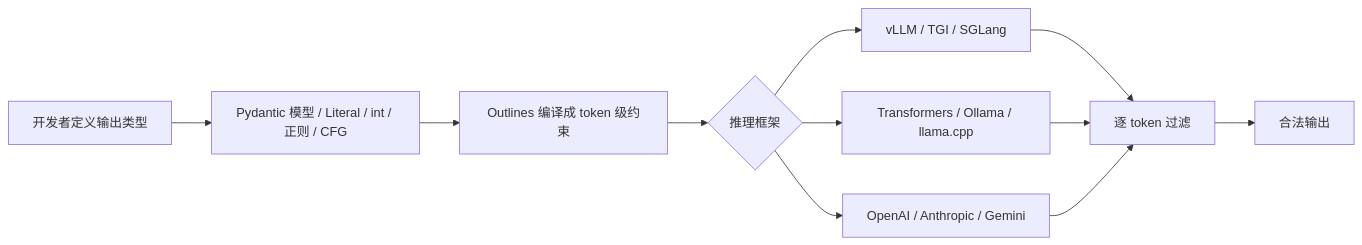
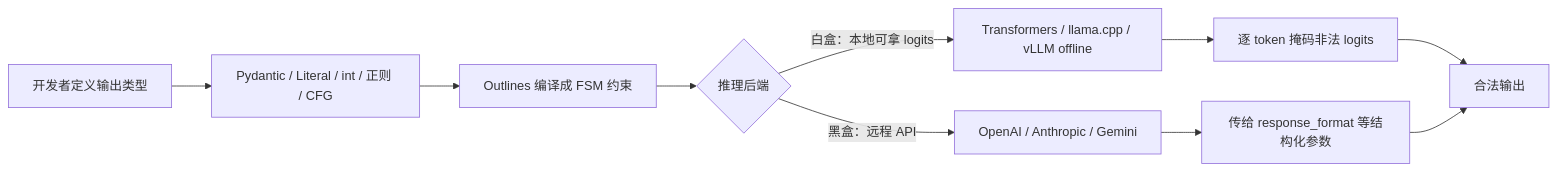
Before and after one commit to A1pha3/text-matrix: the diagram in content/posts/tech/dottxt-ai-outlines-llm-structured-output-guide.md, drawn with Mermaid. The commit also changed other lines of this file and 10 other files, not shown here.

````diff
--- a/content/posts/tech/dottxt-ai-outlines-llm-structured-output-guide.md
+++ b/content/posts/tech/dottxt-ai-outlines-llm-structured-output-guide.md
@@ -22,13 +24,12 @@
 ```mermaid
 flowchart LR
-    A[开发者定义输出类型] --> B[Pydantic 模型 / Literal / int / 正则 / CFG]
-    B --> C[Outlines 编译成 token 级约束]
-    C --> D{推理框架}
-    D --> E[vLLM / TGI / SGLang]
-    D --> F[Transformers / Ollama / llama.cpp]
-    D --> G[OpenAI / Anthropic / Gemini]
-    E --> H[逐 token 过滤]
-    F --> H
-    G --> H
-    H --> I[合法输出]
+    A[开发者定义输出类型] --> B[Pydantic / Literal / int / 正则 / CFG]
+    B --> C[Outlines 编译成 FSM 约束]
+    C --> D{推理后端}
+    D -->|白盒：本地可拿 logits| E[Transformers / llama.cpp / vLLM offline]
+    D -->|黑盒：远程 API| F[OpenAI / Anthropic / Gemini]
+    E --> G[逐 token 掩码非法 logits]
+    F --> H[传给 response_format 等结构化参数]
+    G --> I[合法输出]
+    H --> I
 ```
````
